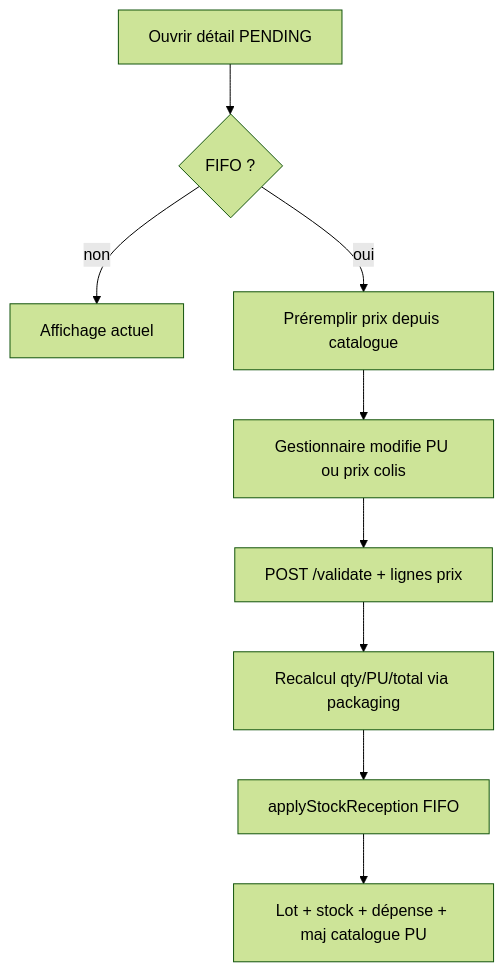
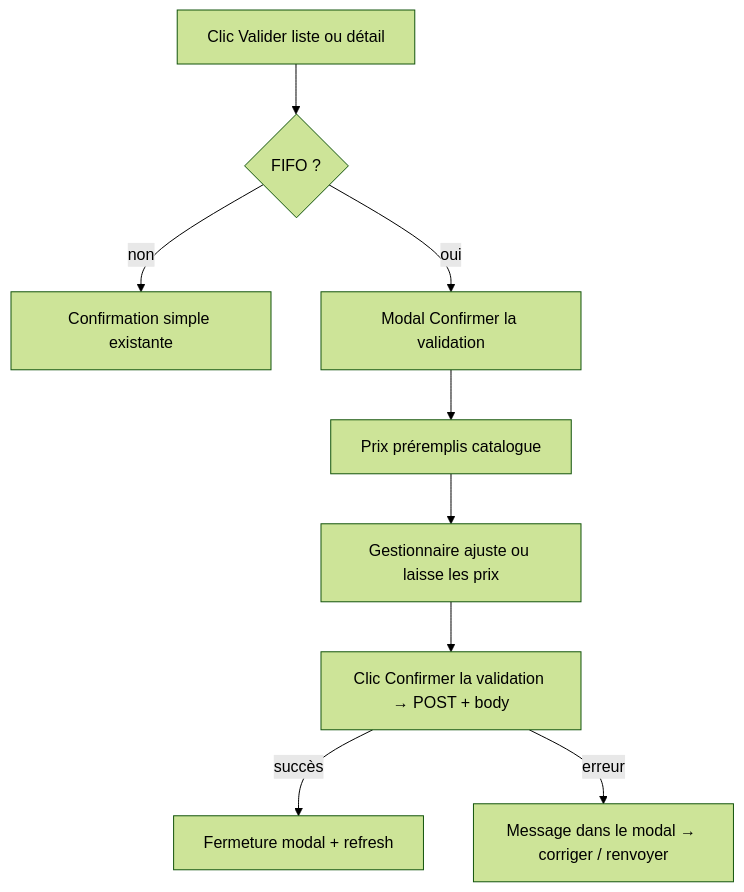
One commit to AQUILA04/ELYKIA changed the diagram in .cursor/plans/fifo_reception_price_edit_at_validation.plan.md. Above: the diagram before and after it, drawn with Mermaid (forest theme). The commit also changed other lines of this file and 15 other files, not shown here.

First line of the commit message:
fix(stock): valider réception FIFO via modal de confirmation

````diff
--- a/.cursor/plans/fifo_reception_price_edit_at_validation.plan.md
+++ b/.cursor/plans/fifo_reception_price_edit_at_validation.plan.md
@@ -39,11 +33,11 @@
 ```mermaid
 flowchart TD
-  open["Ouvrir détail PENDING"] --> fifo{"FIFO ?"}
-  fifo -->|non| readOnly["Affichage actuel"]
-  fifo -->|oui| pref["Préremplir prix depuis catalogue"]
-  pref --> edit["Gestionnaire modifie PU ou prix colis"]
-  edit --> post["POST /validate + lignes prix"]
-  post --> resolve["Recalcul qty/PU/total via packaging"]
-  resolve --> apply["applyStockReception FIFO"]
-  apply --> lot["Lot + stock + dépense + maj catalogue PU"]
+  click["Clic Valider liste ou détail"] --> fifo{"FIFO ?"}
+  fifo -->|non| confirmLegacy["Confirmation simple existante"]
+  fifo -->|oui| modal["Modal Confirmer la validation"]
+  modal --> pref["Prix préremplis catalogue"]
+  pref --> edit["Gestionnaire ajuste ou laisse les prix"]
+  edit --> post["Clic Confirmer la validation → POST + body"]
+  post -->|succès| close["Fermeture modal + refresh"]
+  post -->|erreur| stay["Message dans le modal → corriger / renvoyer"]
 ```
````
